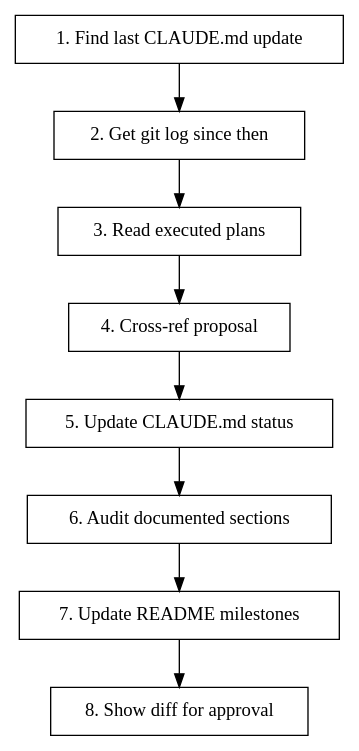
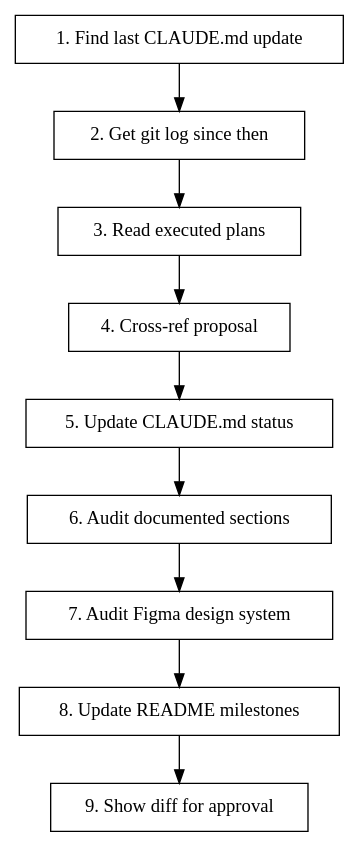
One commit to milobedini/bwell changed the diagram in .claude/skills/update-status/SKILL.md. Above: the diagram before and after it, drawn with Graphviz. The commit also changed other lines of this file, not shown here.

````diff
--- a/.claude/skills/update-status/SKILL.md
+++ b/.claude/skills/update-status/SKILL.md
@@ -14,21 +14,23 @@
 ```dot
 digraph update_status {
   rankdir=TB;
   "1. Find last CLAUDE.md update" [shape=box];
   "2. Get git log since then" [shape=box];
   "3. Read executed plans" [shape=box];
   "4. Cross-ref proposal" [shape=box];
   "5. Update CLAUDE.md status" [shape=box];
   "6. Audit documented sections" [shape=box];
-  "7. Update README milestones" [shape=box];
-  "8. Show diff for approval" [shape=box];
+  "7. Audit Figma design system" [shape=box];
+  "8. Update README milestones" [shape=box];
+  "9. Show diff for approval" [shape=box];
 
   "1. Find last CLAUDE.md update" -> "2. Get git log since then";
   "2. Get git log since then" -> "3. Read executed plans";
   "3. Read executed plans" -> "4. Cross-ref proposal";
   "4. Cross-ref proposal" -> "5. Update CLAUDE.md status";
   "5. Update CLAUDE.md status" -> "6. Audit documented sections";
-  "6. Audit documented sections" -> "7. Update README milestones";
-  "7. Update README milestones" -> "8. Show diff for approval";
+  "6. Audit documented sections" -> "7. Audit Figma design system";
+  "7. Audit Figma design system" -> "8. Update README milestones";
+  "8. Update README milestones" -> "9. Show diff for approval";
 }
 ```
````
